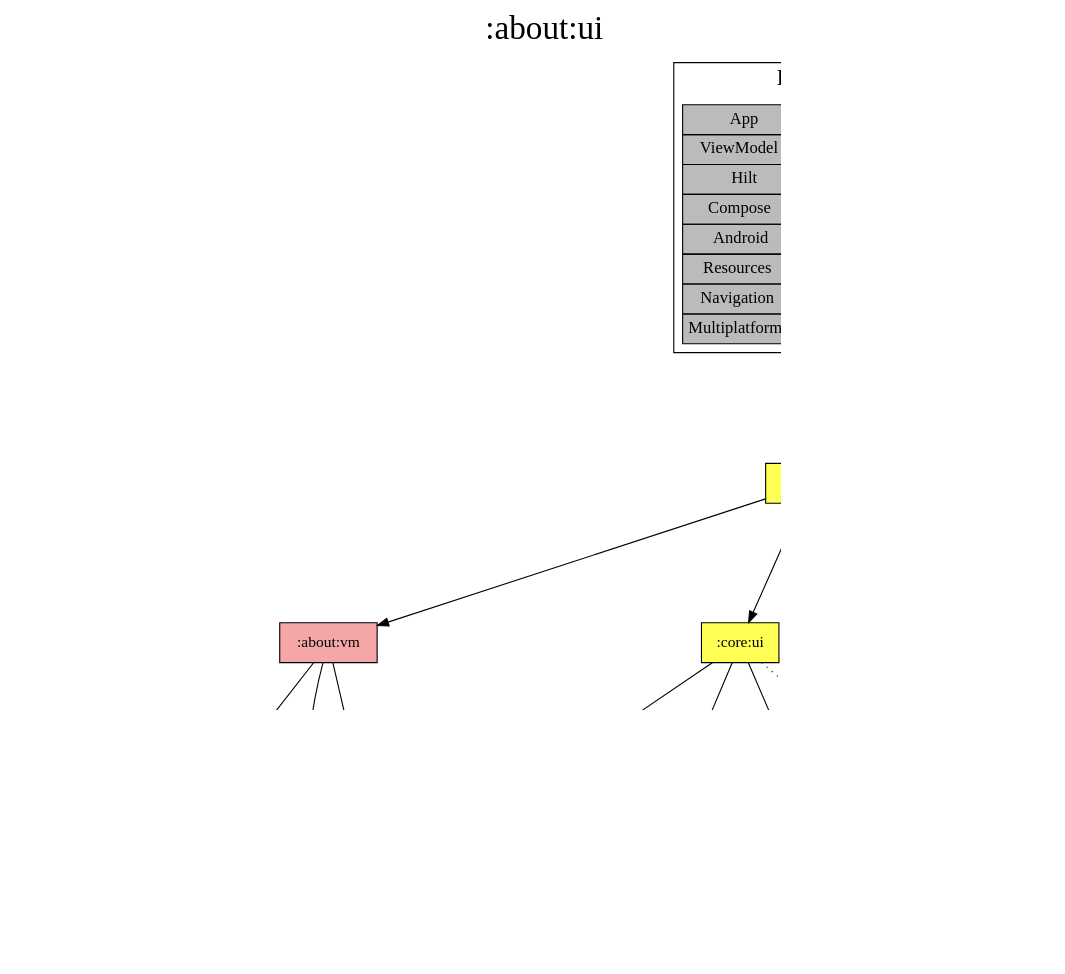
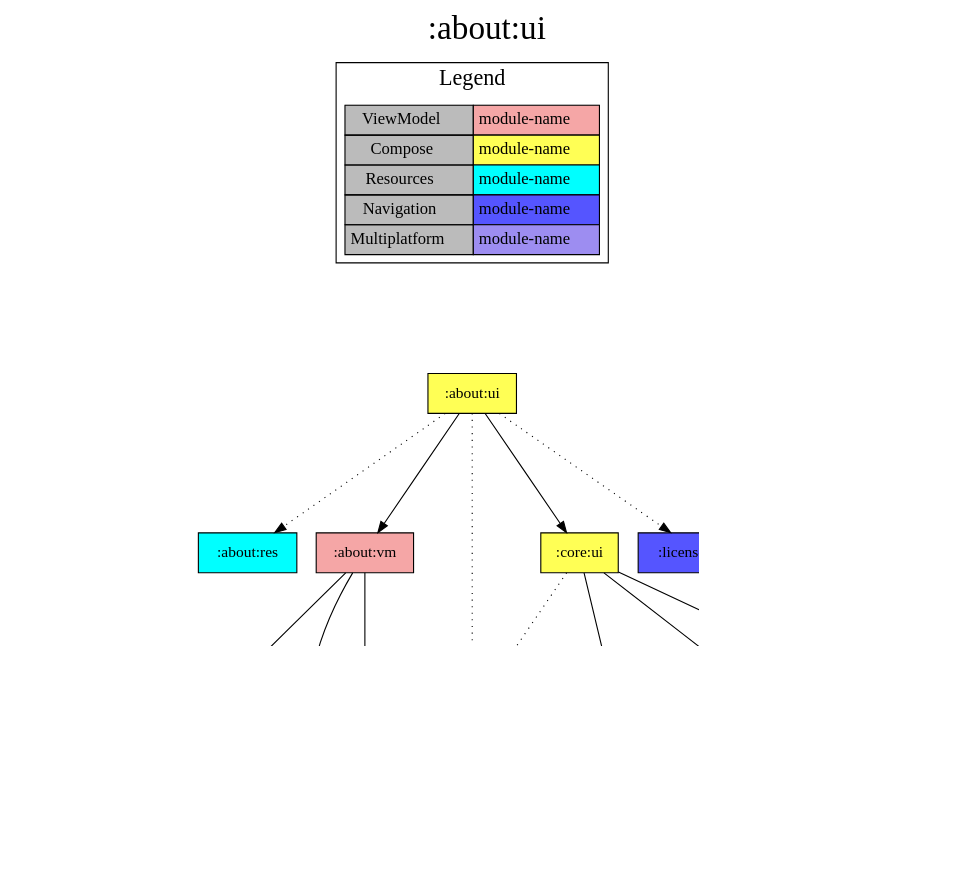
The diagram in modules/about/ui/project-dependency-graph.dot (jonapoul/aktual), drawn with Graphviz before and after one commit. The commit also changed 97 other files, not shown here.

```diff
--- a/modules/about/ui/project-dependency-graph.dot
+++ b/modules/about/ui/project-dependency-graph.dot
@@ -1,55 +1,52 @@
 digraph {
 edge ["dir"="forward"]
 graph ["dpi"="100","label"=":about:ui","labelloc"="t","fontsize"="30","ranksep"="1.5","rankdir"="TB"]
 node ["style"="filled"]
+":about:data" ["fillcolor"="#9D8DF1","shape"="box"]
+":about:res" ["fillcolor"="#00FFFF","shape"="box"]
 ":about:ui" ["fillcolor"="#FFFF55","shape"="box"]
 ":about:vm" ["fillcolor"="#F5A6A6","shape"="box"]
-":about:data" ["fillcolor"="#9D8DF1","shape"="box"]
 ":api:github" ["fillcolor"="#9D8DF1","shape"="box"]
 ":core:buildconfig" ["fillcolor"="#9D8DF1","shape"="box"]
+":core:colorscheme" ["fillcolor"="#9D8DF1","shape"="box"]
 ":core:coroutines" ["fillcolor"="#9D8DF1","shape"="box"]
 ":core:log" ["fillcolor"="#9D8DF1","shape"="box"]
+":core:res" ["fillcolor"="#00FFFF","shape"="box"]
 ":core:ui" ["fillcolor"="#FFFF55","shape"="box"]
-":core:colorscheme" ["fillcolor"="#9D8DF1","shape"="box"]
 ":core:versions" ["fillcolor"="#9D8DF1","shape"="box"]
+":licenses:nav" ["fillcolor"="#5555FF","shape"="box"]
 ":url:model" ["fillcolor"="#9D8DF1","shape"="box"]
-":core:res" ["fillcolor"="#00FFFF","shape"="box"]
-":about:res" ["fillcolor"="#00FFFF","shape"="box"]
-":licenses:nav" ["fillcolor"="#5555FF","shape"="box"]
 {
 edge ["dir"="none"]
 graph ["rank"="same"]
 }
+":about:data" -> ":api:github"
+":about:data" -> ":core:buildconfig"
+":about:data" -> ":core:coroutines"
+":about:ui" -> ":about:res" ["style"="dotted"]
 ":about:ui" -> ":about:vm"
+":about:ui" -> ":core:res" ["style"="dotted"]
 ":about:ui" -> ":core:ui"
-":about:ui" -> ":about:res" ["style"="dotted"]
-":about:ui" -> ":core:res" ["style"="dotted"]
 ":about:ui" -> ":licenses:nav" ["style"="dotted"]
 ":about:vm" -> ":about:data"
 ":about:vm" -> ":core:buildconfig"
 ":about:vm" -> ":core:log"
-":about:data" -> ":api:github"
-":about:data" -> ":core:buildconfig"
-":about:data" -> ":core:coroutines"
 ":core:ui" -> ":core:colorscheme"
+":core:ui" -> ":core:res" ["style"="dotted"]
 ":core:ui" -> ":core:versions"
 ":core:ui" -> ":url:model"
-":core:ui" -> ":core:res" ["style"="dotted"]
 ":core:versions" -> ":core:buildconfig"
 subgraph "cluster_legend" {
 edge ["dir"="none"]
 graph ["label"="Legend","fontsize"="20"]
 "Legend" ["style"="filled","fillcolor"="#bbbbbb","shape"="none","margin"="0","fontsize"="15","label"=<
 <TABLE BORDER="0" CELLBORDER="1" CELLSPACING="0" CELLPADDING="4">
-<TR><TD>App</TD><TD BGCOLOR="#FF5555">module-name</TD></TR>
 <TR><TD>ViewModel</TD><TD BGCOLOR="#F5A6A6">module-name</TD></TR>
-<TR><TD>Hilt</TD><TD BGCOLOR="#FCB103">module-name</TD></TR>
 <TR><TD>Compose</TD><TD BGCOLOR="#FFFF55">module-name</TD></TR>
-<TR><TD>Android</TD><TD BGCOLOR="#55FF55">module-name</TD></TR>
 <TR><TD>Resources</TD><TD BGCOLOR="#00FFFF">module-name</TD></TR>
 <TR><TD>Navigation</TD><TD BGCOLOR="#5555FF">module-name</TD></TR>
 <TR><TD>Multiplatform</TD><TD BGCOLOR="#9D8DF1">module-name</TD></TR>
 </TABLE>
 >]
 } -> ":about:ui" ["style"="invis"]
 }
```
